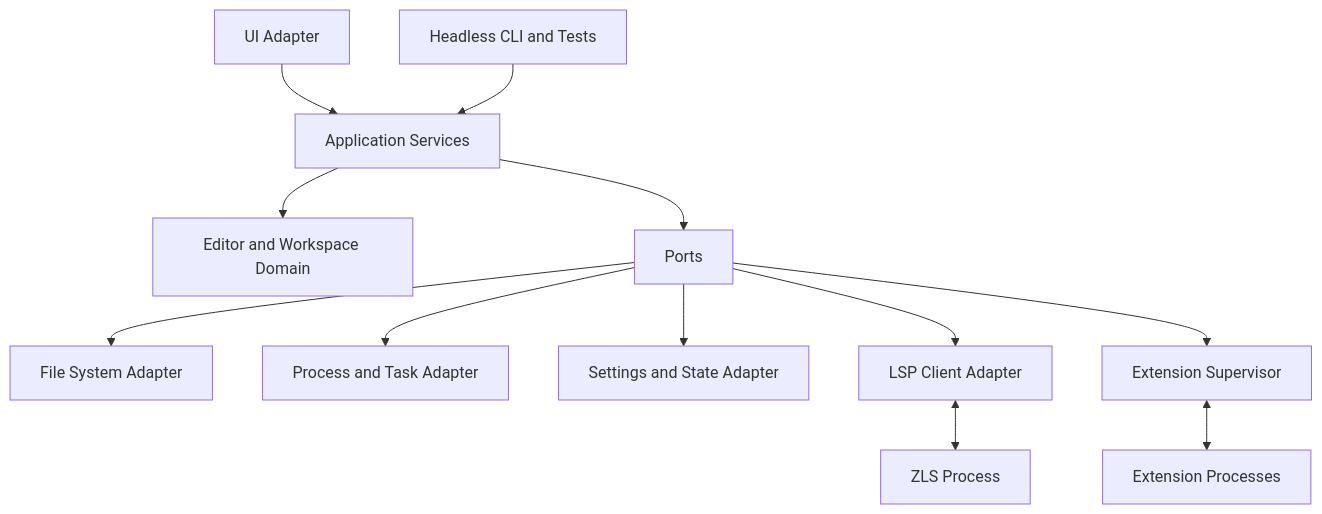
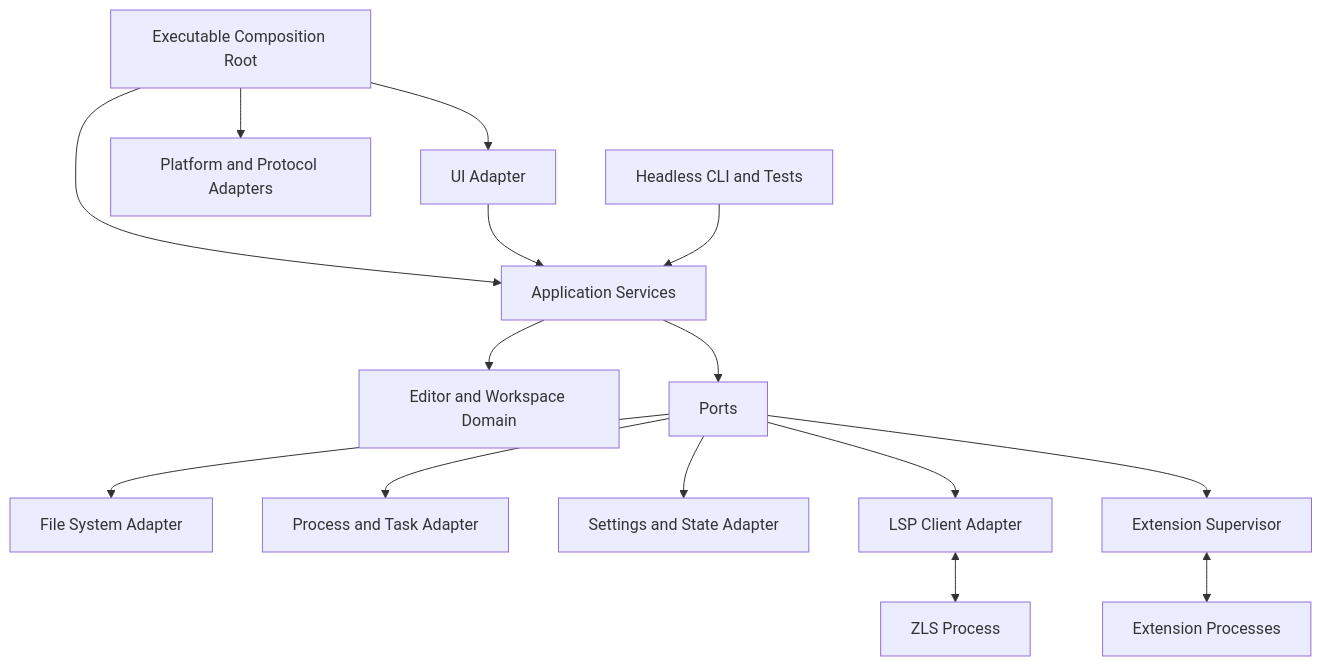
The first of 4 diagrams in docs/architecture/02-system-architecture.md (mbougarne/Zigide), drawn with Mermaid before and after one commit. The commit also changed other lines of this file and 30 other files, not shown here.

````diff
--- a/docs/architecture/02-system-architecture.md
+++ b/docs/architecture/02-system-architecture.md
@@ -7,14 +7,17 @@
 ```mermaid
 flowchart TB
-    UI[UI Adapter] --> APP[Application Services]
-    CLI[Headless CLI and Tests] --> APP
-    APP --> DOMAIN[Editor and Workspace Domain]
-    APP --> PORTS[Ports]
+    COMPOSITION[Executable Composition Root] --> UI[UI Adapter]
+    COMPOSITION --> APPLICATION[Application Services]
+    COMPOSITION --> ADAPTERS[Platform and Protocol Adapters]
+    UI --> APPLICATION
+    CLI[Headless CLI and Tests] --> APPLICATION
+    APPLICATION --> DOMAIN[Editor and Workspace Domain]
+    APPLICATION --> PORTS[Ports]
     PORTS --> FS[File System Adapter]
     PORTS --> PROC[Process and Task Adapter]
     PORTS --> STORE[Settings and State Adapter]
     PORTS --> LSP[LSP Client Adapter]
     PORTS --> EXT[Extension Supervisor]
     LSP <--> ZLS[ZLS Process]
     EXT <--> EXTP[Extension Processes]
 ```
````
